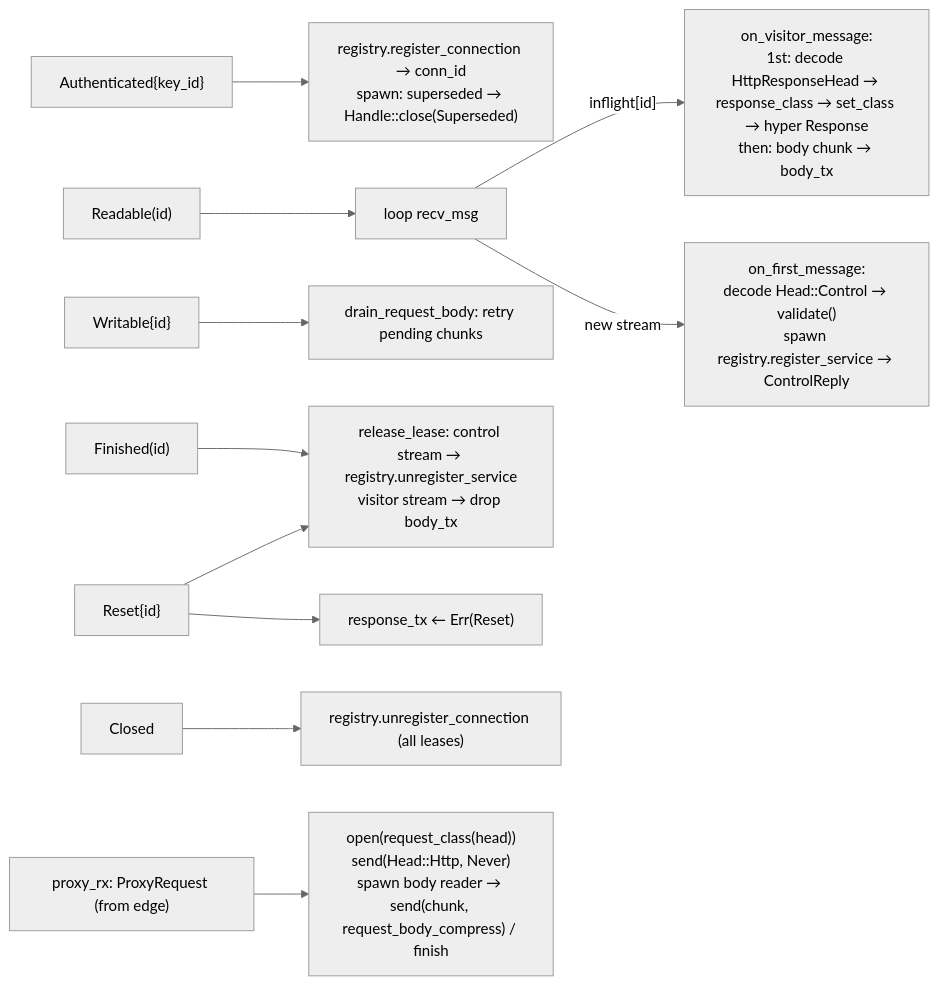
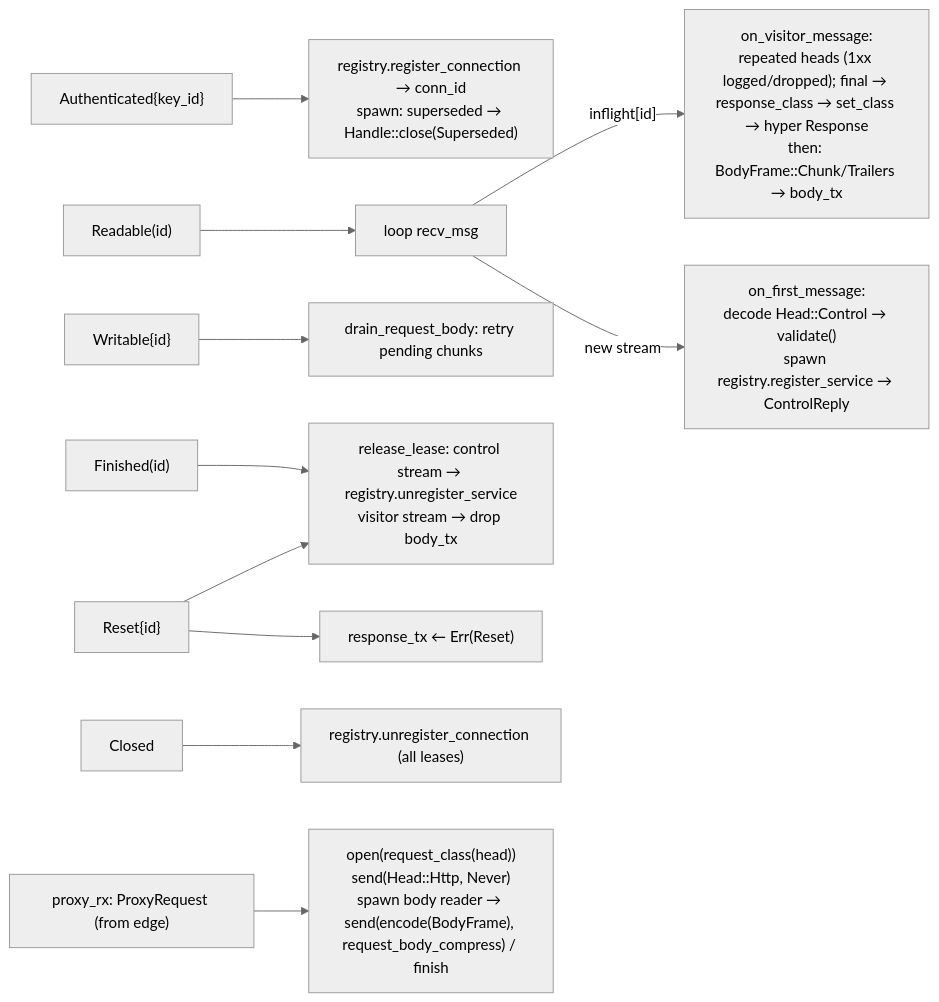
One commit to OffworldNexus/tunnel-weaver changed diagram 11 of 13 in docs/architecture.md. Above: the diagram before and after it, drawn with Mermaid (neutral theme). The commit also changed other lines of this file and 32 other files, not shown here.

````diff
--- a/docs/architecture.md
+++ b/docs/architecture.md
@@ -417,13 +437,13 @@
 ```mermaid
 flowchart LR
     Auth["Authenticated{key_id}"] --> reg["registry.register_connection → conn_id<br/>spawn: superseded → Handle::close(Superseded)"]
     Rd["Readable(id)"] --> loop["loop recv_msg"]
-    loop -- "inflight[id]" --> vm["on_visitor_message:<br/>1st: decode HttpResponseHead → response_class → set_class → hyper Response<br/>then: body chunk → body_tx"]
+    loop -- "inflight[id]" --> vm["on_visitor_message:<br/>repeated heads (1xx logged/dropped); final → response_class → set_class → hyper Response<br/>then: BodyFrame::Chunk/Trailers → body_tx"]
     loop -- "new stream" --> fm["on_first_message:<br/>decode Head::Control → validate()<br/>spawn registry.register_service → ControlReply"]
     Wr["Writable{id}"] --> drain["drain_request_body: retry pending chunks"]
     Fin["Finished(id)"] --> lease["release_lease: control stream → registry.unregister_service<br/>visitor stream → drop body_tx"]
     Rs["Reset{id}"] --> lease
     Rs --> err["response_tx ← Err(Reset)"]
     Cl["Closed"] --> unreg["registry.unregister_connection (all leases)"]
-    prx["proxy_rx: ProxyRequest (from edge)"] --> op["open(request_class(head))<br/>send(Head::Http, Never)<br/>spawn body reader → send(chunk, request_body_compress) / finish"]
+    prx["proxy_rx: ProxyRequest (from edge)"] --> op["open(request_class(head))<br/>send(Head::Http, Never)<br/>spawn body reader → send(encode(BodyFrame), request_body_compress) / finish"]
 ```
````
